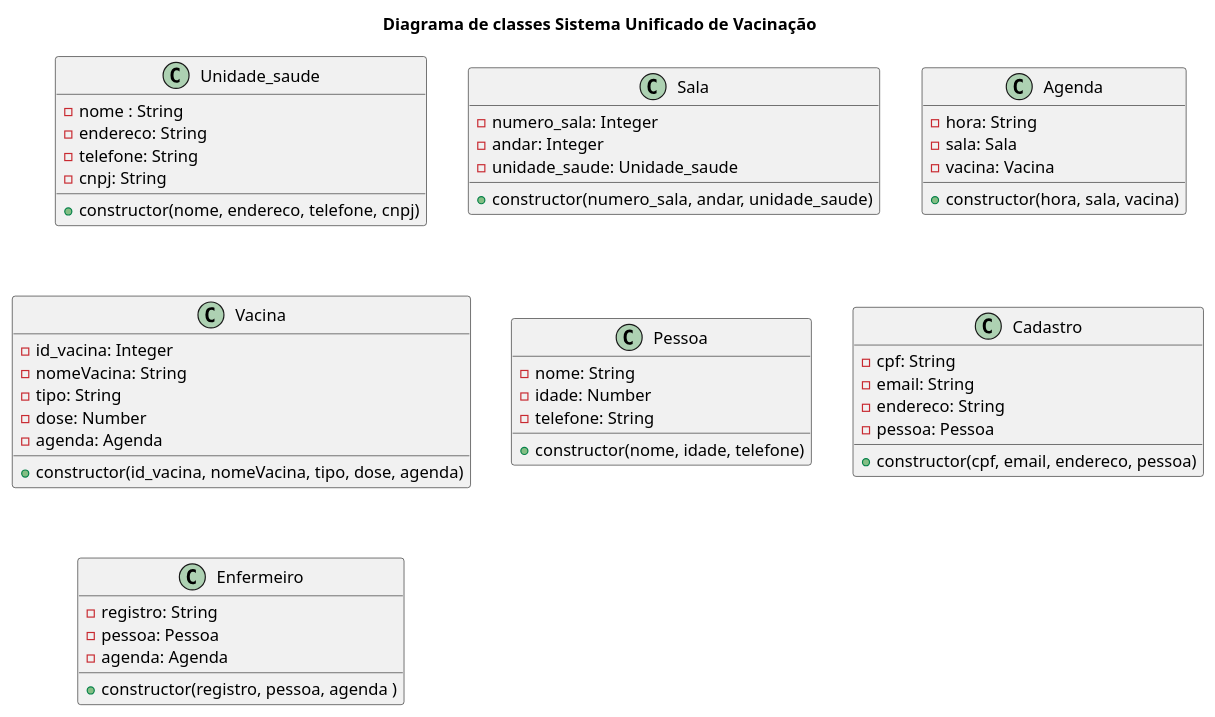
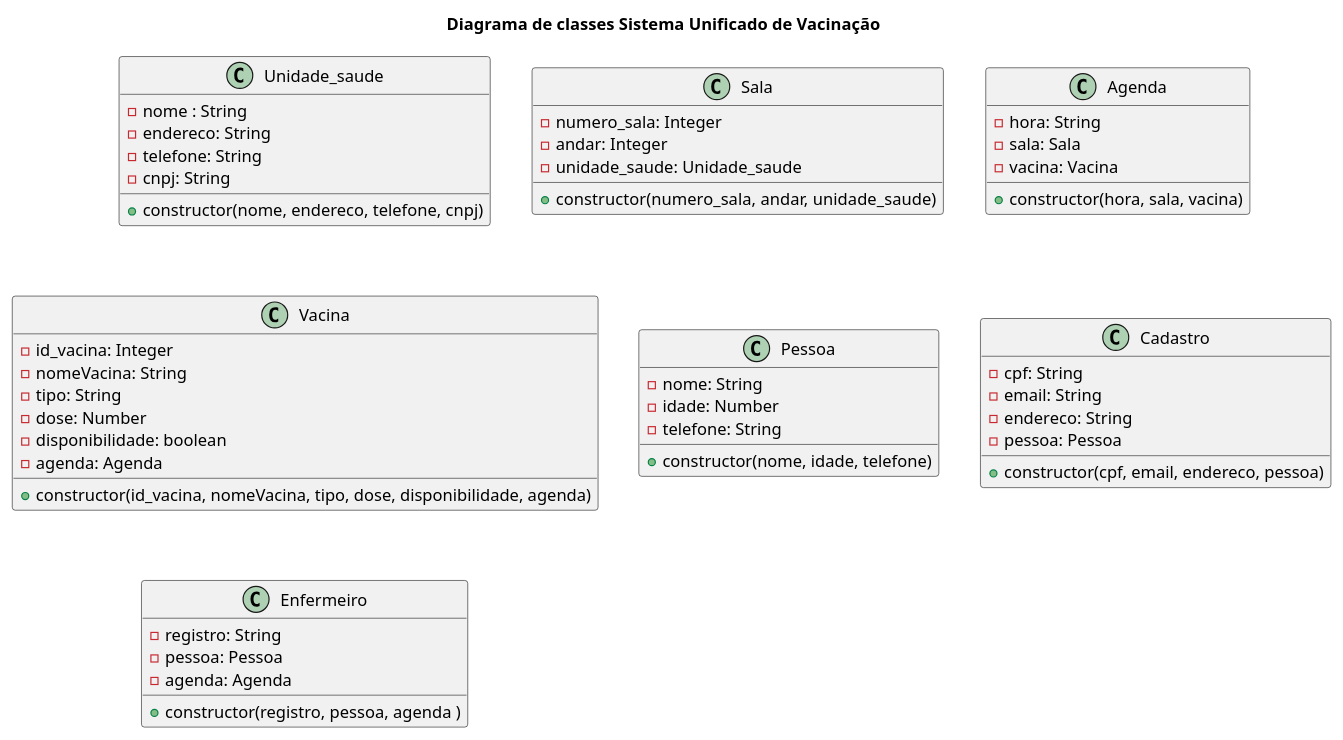
The diagram in diagrama_classe.plantuml (anleaes/2022-1-N2-POO-01), drawn with PlantUML before and after one commit. The commit also changed 1 other file, not shown here.

Commit message:
alteração de diagrama de classe vacina e criacao da classe vacina

```diff
--- a/diagrama_classe.plantuml
+++ b/diagrama_classe.plantuml
@@ -1,61 +1,62 @@
 @startuml
 
 title Diagrama de classes Sistema Unificado de Vacinação
 
 class Unidade_saude{
     - nome : String
     - endereco: String
     - telefone: String
     - cnpj: String
     + constructor(nome, endereco, telefone, cnpj)
 }
 
 class Sala{
     - numero_sala: Integer
     - andar: Integer
     - unidade_saude: Unidade_saude 
     + constructor(numero_sala, andar, unidade_saude)
 }
 
 class Agenda{
     - hora: String
     - sala: Sala
     - vacina: Vacina
     + constructor(hora, sala, vacina)
 }
 
 
 Class Vacina{
     - id_vacina: Integer
     - nomeVacina: String
     - tipo: String
     - dose: Number
+    - disponibilidade: boolean
     - agenda: Agenda
-    + constructor(id_vacina, nomeVacina, tipo, dose, agenda)
+    + constructor(id_vacina, nomeVacina, tipo, dose, disponibilidade, agenda)
 }
 
 class Pessoa{
     - nome: String
     - idade: Number
     - telefone: String
     + constructor(nome, idade, telefone)
 }
 
 class Cadastro {
     - cpf: String
     - email: String
     - endereco: String
     - pessoa: Pessoa
     + constructor(cpf, email, endereco, pessoa)
 }
 
 class Enfermeiro {
     - registro: String
     - pessoa: Pessoa
     - agenda: Agenda
     + constructor(registro, pessoa, agenda )
 }
 
 
 
 @enduml
```
